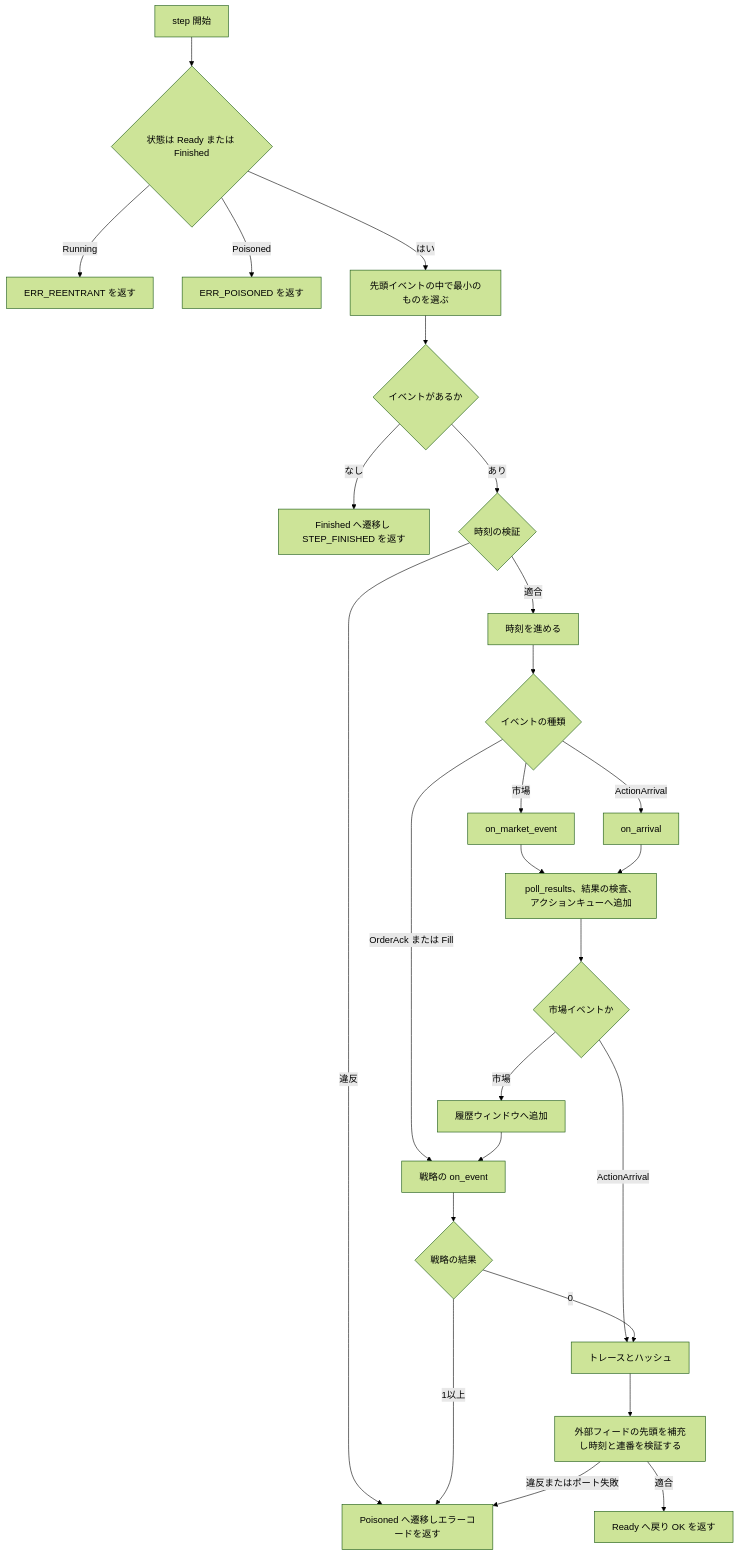
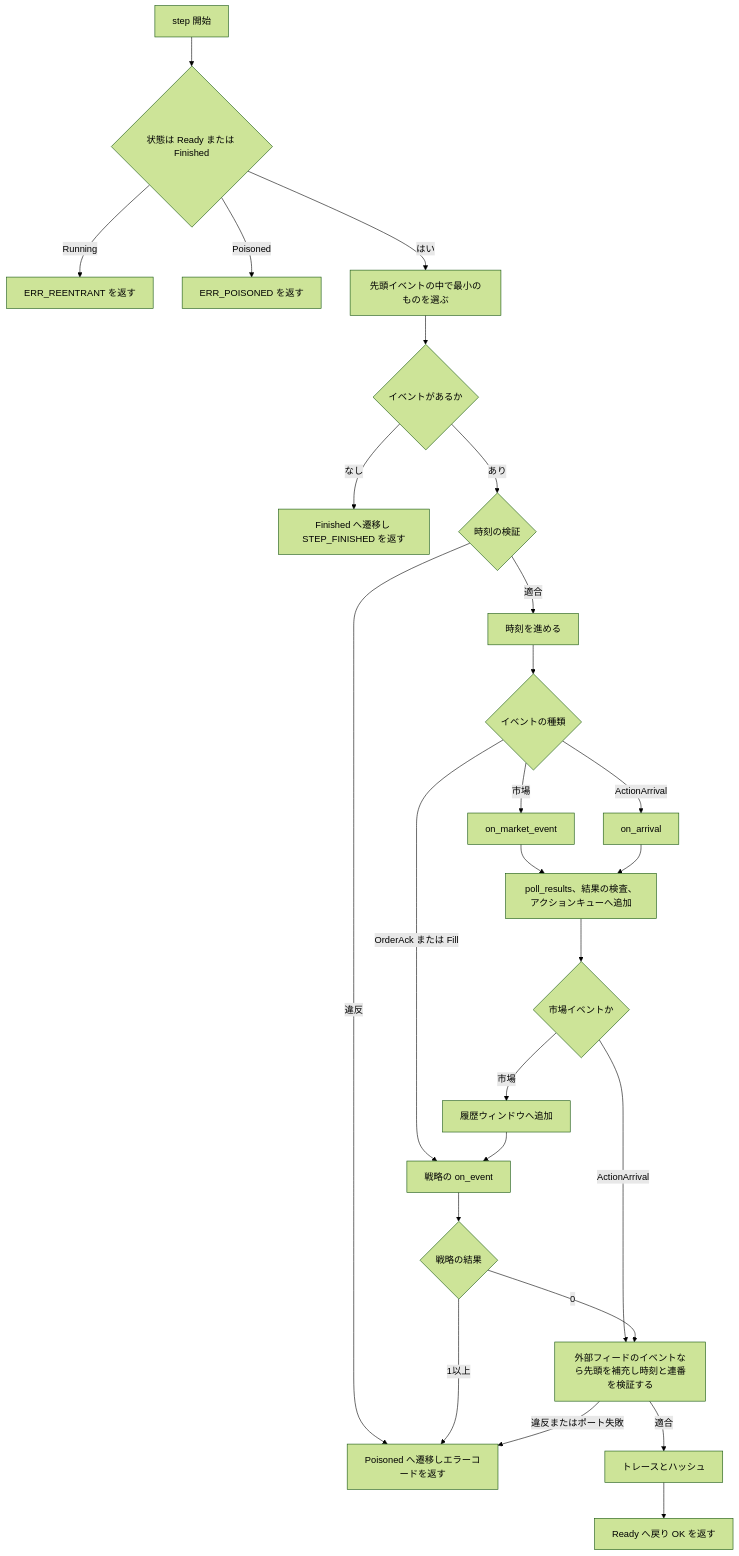
The first of 2 diagrams in docs/design/EK-DD-001_カーネルコア詳細設計書.md (xzyozi/event_kernel), drawn with Mermaid (forest theme) before and after one commit. The commit also changed other lines of this file and 1 other file, not shown here.

````diff
--- a/docs/design/EK-DD-001_カーネルコア詳細設計書.md
+++ b/docs/design/EK-DD-001_カーネルコア詳細設計書.md
@@ -361,28 +361,28 @@
 ```mermaid
 flowchart TD
     Start["step 開始"] --> Guard{"状態は Ready または Finished"}
     Guard -->|"Running"| ErrRe["ERR_REENTRANT を返す"]
     Guard -->|"Poisoned"| ErrPo["ERR_POISONED を返す"]
     Guard -->|"はい"| Next["先頭イベントの中で最小のものを選ぶ"]
     Next --> Empty{"イベントがあるか"}
     Empty -->|"なし"| Fin["Finished へ遷移し STEP_FINISHED を返す"]
     Empty -->|"あり"| Causal{"時刻の検証"}
     Causal -->|"違反"| Poison["Poisoned へ遷移しエラーコードを返す"]
     Causal -->|"適合"| Clock["時刻を進める"]
     Clock --> Kind{"イベントの種類"}
     Kind -->|"市場"| ExecMkt["on_market_event"]
     Kind -->|"ActionArrival"| ExecArr["on_arrival"]
     Kind -->|"OrderAck または Fill"| Notify
     ExecMkt --> Poll["poll_results、結果の検査、アクションキューへ追加"]
     ExecArr --> Poll
     Poll --> Which{"市場イベントか"}
     Which -->|"市場"| Hist["履歴ウィンドウへ追加"]
-    Which -->|"ActionArrival"| Trace
+    Which -->|"ActionArrival"| Refill
     Hist --> Notify["戦略の on_event"]
     Notify --> StratErr{"戦略の結果"}
     StratErr -->|"1以上"| Poison
-    StratErr -->|"0"| Trace["トレースとハッシュ"]
-    Trace --> Refill["外部フィードの先頭を補充し時刻と連番を検証する"]
+    StratErr -->|"0"| Refill["外部フィードのイベントなら先頭を補充し時刻と連番を検証する"]
+    Refill -->|"適合"| Trace["トレースとハッシュ"]
     Refill -->|"違反またはポート失敗"| Poison
-    Refill -->|"適合"| Done["Ready へ戻り OK を返す"]
+    Trace --> Done["Ready へ戻り OK を返す"]
 ```
````
